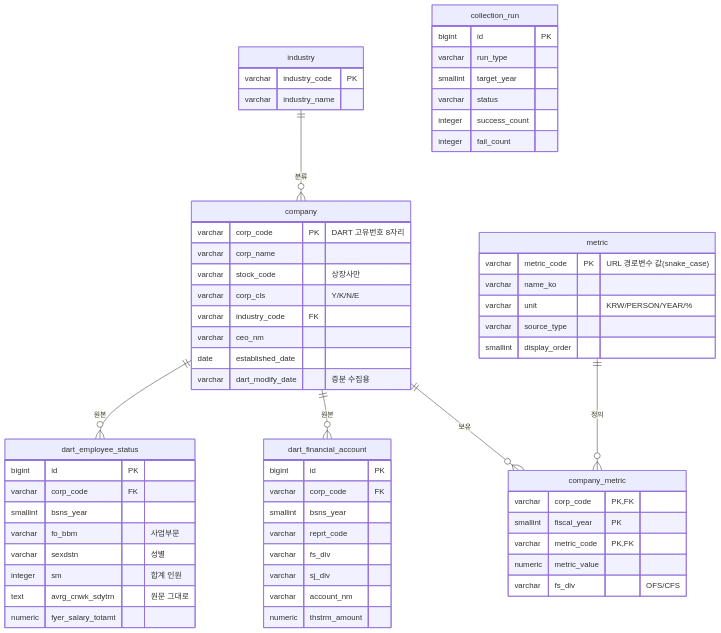
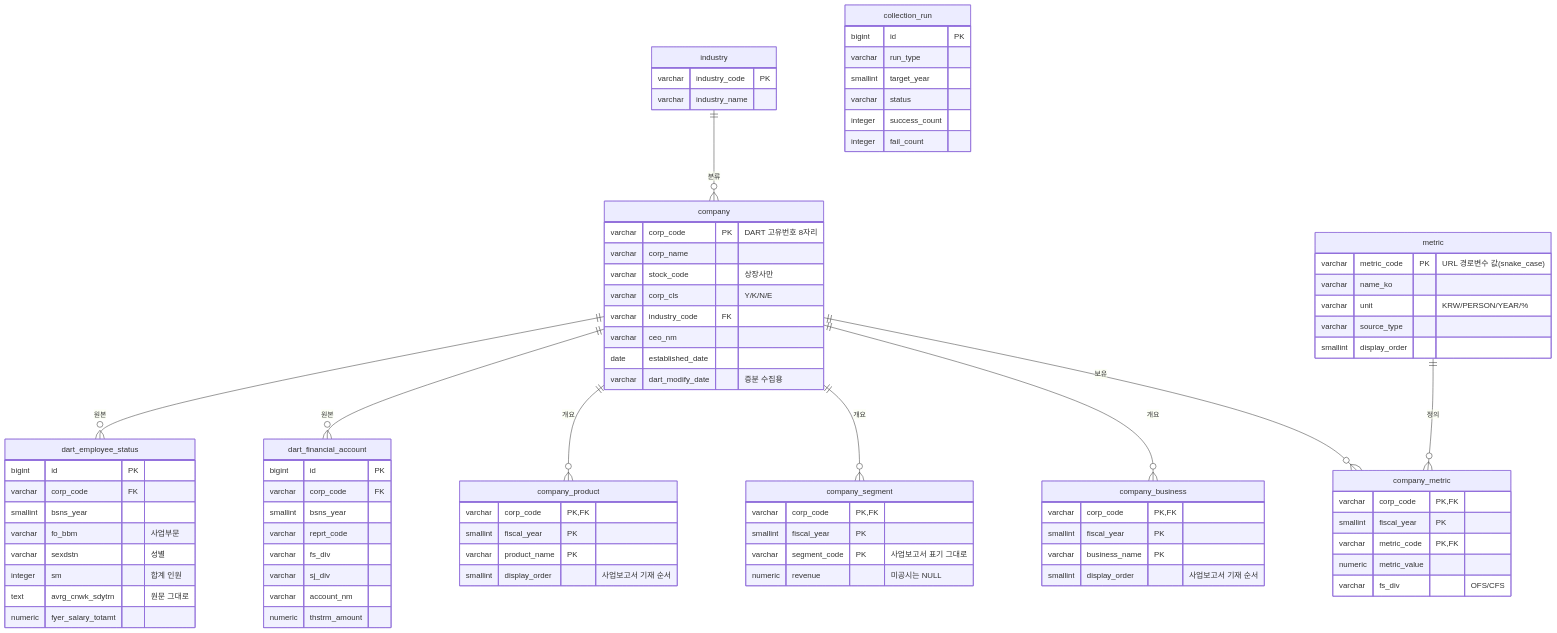
The diagram in docs/design/db-schema.md (Apple7575/Fit), drawn with Mermaid before and after one commit. The commit also changed other lines of this file and 12 other files, not shown here.

```diff
--- a/docs/design/db-schema.md
+++ b/docs/design/db-schema.md
@@ -31,6 +31,9 @@
     industry ||--o{ company : "분류"
     company  ||--o{ company_metric : "보유"
     metric   ||--o{ company_metric : "정의"
+    company  ||--o{ company_business : "개요"
+    company  ||--o{ company_segment : "개요"
+    company  ||--o{ company_product : "개요"
     company  ||--o{ dart_financial_account : "원본"
     company  ||--o{ dart_employee_status : "원본"
 
@@ -62,6 +65,24 @@
         numeric metric_value
         varchar fs_div "OFS/CFS"
     }
+    company_business {
+        varchar corp_code PK,FK
+        smallint fiscal_year PK
+        varchar business_name PK
+        smallint display_order "사업보고서 기재 순서"
+    }
+    company_segment {
+        varchar corp_code PK,FK
+        smallint fiscal_year PK
+        varchar segment_code PK "사업보고서 표기 그대로"
+        numeric revenue "미공시는 NULL"
+    }
+    company_product {
+        varchar corp_code PK,FK
+        smallint fiscal_year PK
+        varchar product_name PK
+        smallint display_order "사업보고서 기재 순서"
+    }
     dart_financial_account {
         bigint id PK
         varchar corp_code FK
```
